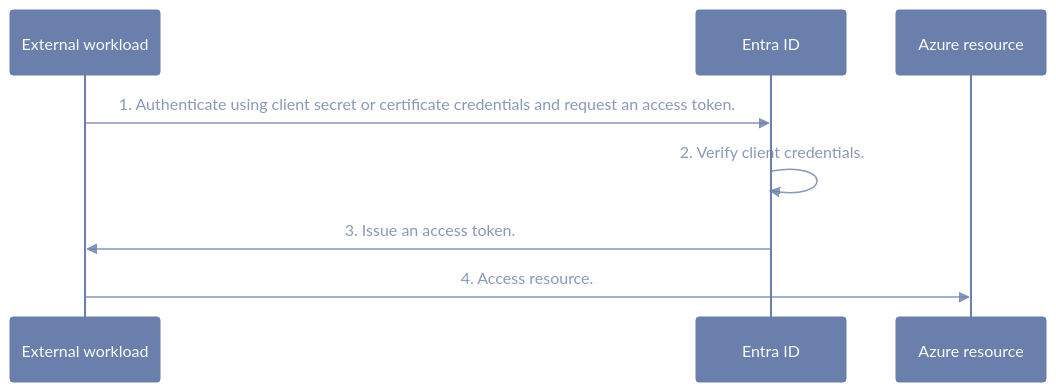
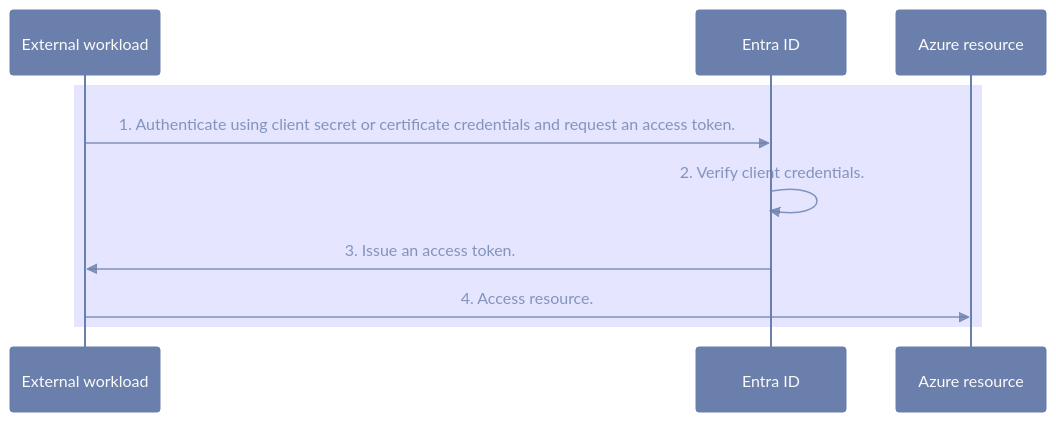
One commit to lucas-ko/lucas-ko.github.io changed the first of 3 diagrams in _posts/2025-01-11-Workload-Identity-Federation-Hidden-Risks.md. Above: the diagram before and after it, drawn with Mermaid. The commit also changed other lines of this file, not shown here.

````diff
--- a/_posts/2025-01-11-Workload-Identity-Federation-Hidden-Risks.md
+++ b/_posts/2025-01-11-Workload-Identity-Federation-Hidden-Risks.md
@@ -29,21 +29,23 @@
 ```mermaid
 %%{init:{
   'theme':'base',
   'themeVariables': {
     'primaryColor':'#6A7FAB',
     'primaryTextColor':'#FAFBF9',
     'primaryBorderColor':'#6A7FAB',
     'lineColor':'#6A7FABCC',
     'textColor':'#6A7FABCC',
     'fontSize':'16px'
   }
 }}%%
-  sequenceDiagram 
+  sequenceDiagram
+  rect rgba(0, 0, 255, .1)
     participant EW as External workload
     participant EID as Entra ID
     participant Az as Azure resource
     EW ->> EID: 1. Authenticate using client secret or certificate credentials and request an access token.
     EID ->> EID: 2. Verify client credentials.
     EID ->> EW: 3. Issue an access token.
     EW ->> Az: 4. Access resource.
+  end
 ```
````
